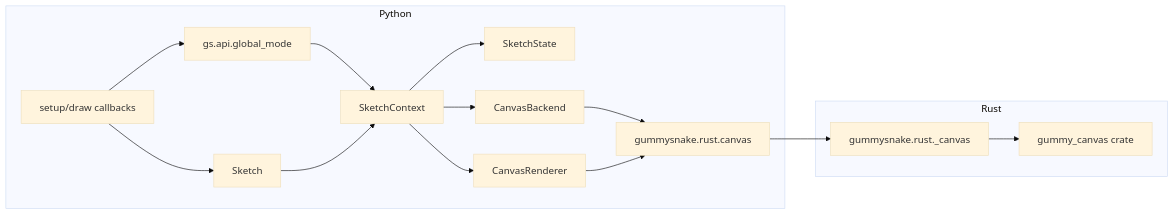
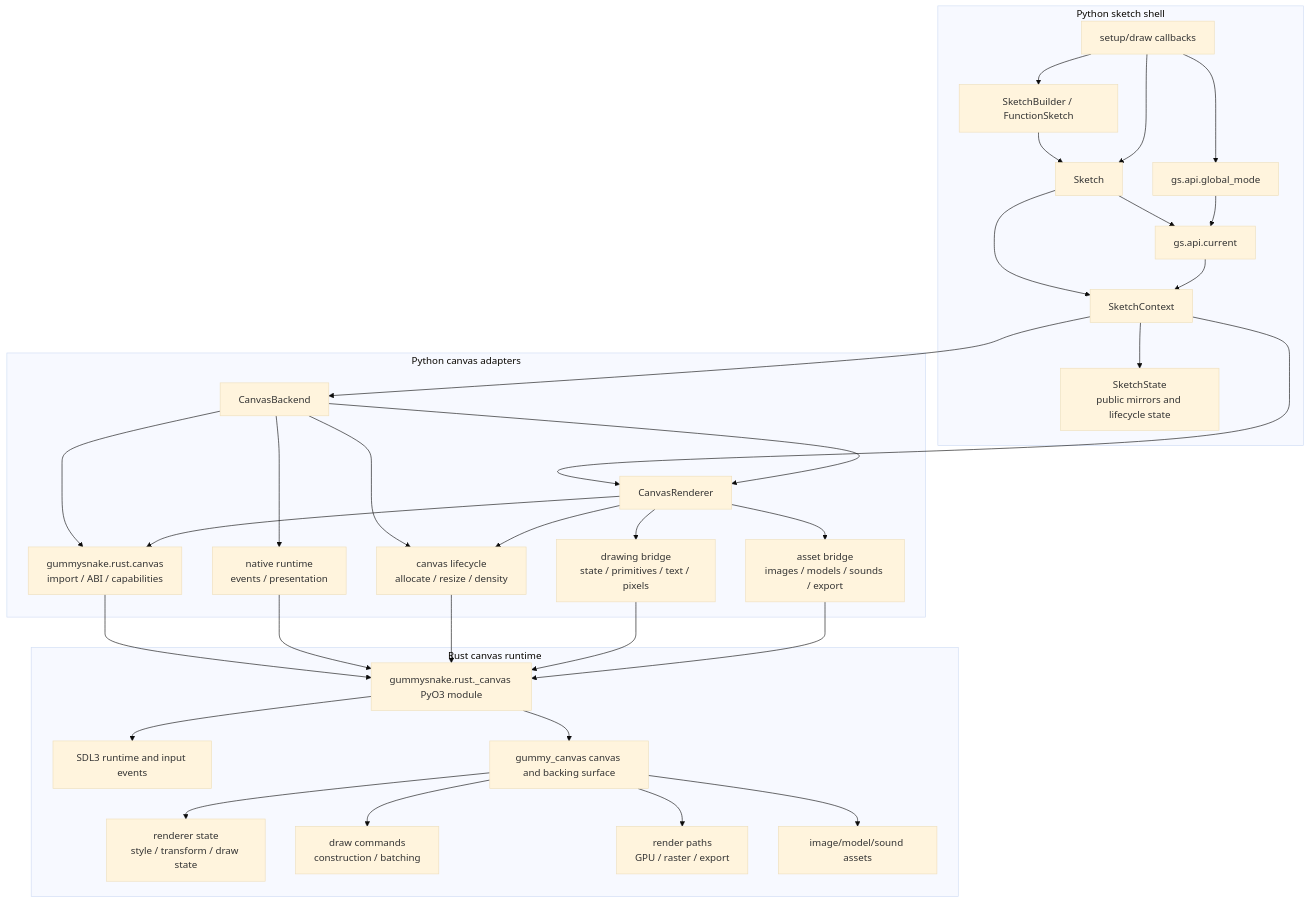
The first of 4 diagrams in docs/contribute/architecture.md (JonathanHHenson/gummy_snake), drawn with Mermaid (base theme) before and after one commit. The commit also changed other lines of this file and 4 other files, not shown here.

Commit message:
Clarify runtime and adapter architecture docs

````diff
--- a/docs/contribute/architecture.md
+++ b/docs/contribute/architecture.md
@@ -5,26 +5,63 @@
 ```mermaid
-flowchart LR
-    subgraph Python
+flowchart TD
+    subgraph Python["Python sketch shell"]
         User[setup/draw callbacks]
+        Builder[SketchBuilder / FunctionSketch]
         Global[gs.api.global_mode]
+        Current[gs.api.current]
         Sketch[Sketch]
         Context[SketchContext]
-        State[SketchState]
+        SketchState[SketchState<br/>public mirrors and lifecycle state]
+    end
+
+    subgraph Adapter["Python canvas adapters"]
         Backend[CanvasBackend]
         Renderer[CanvasRenderer]
-        Wrapper[gummysnake.rust.canvas]
+        BridgeImport[gummysnake.rust.canvas<br/>import / ABI / capabilities]
+        RuntimeBridge[native runtime<br/>events / presentation]
+        CanvasBridge[canvas lifecycle<br/>allocate / resize / density]
+        DrawBridge[drawing bridge<br/>state / primitives / text / pixels]
+        AssetBridge[asset bridge<br/>images / models / sounds / export]
     end
 
-    subgraph Rust
-        Runtime[gummysnake.rust._canvas]
-        Canvas[gummy_canvas crate]
+    subgraph Rust["Rust canvas runtime"]
+        Runtime[gummysnake.rust._canvas PyO3 module]
+        Native[SDL3 runtime and input events]
+        Canvas[gummy_canvas canvas and backing surface]
+        State[renderer state<br/>style / transform / draw state]
+        Commands[draw commands<br/>construction / batching]
+        Rendering[render paths<br/>GPU / raster / export]
+        Assets[image/model/sound assets]
     end
 
-    User --> Global --> Context
-    User --> Sketch --> Context
-    Context --> State
+    User --> Builder
+    Builder --> Sketch
+    User --> Sketch
+    Sketch --> Context
+    Sketch --> Current
+    User --> Global
+    Global --> Current
+    Current --> Context
+    Context --> SketchState
     Context --> Backend
     Context --> Renderer
-    Backend --> Wrapper --> Runtime --> Canvas
-    Renderer --> Wrapper
+    Backend --> Renderer
+    Backend --> BridgeImport
+    Renderer --> BridgeImport
+    Backend --> RuntimeBridge
+    Backend --> CanvasBridge
+    Renderer --> CanvasBridge
+    Renderer --> DrawBridge
+    Renderer --> AssetBridge
+    BridgeImport --> Runtime
+    RuntimeBridge --> Runtime
+    CanvasBridge --> Runtime
+    DrawBridge --> Runtime
+    AssetBridge --> Runtime
+    Runtime --> Native
+    Runtime --> Canvas
+    Canvas --> State
+    Canvas --> Commands
+    Canvas --> Rendering
+    Canvas --> Assets
 ```
````
